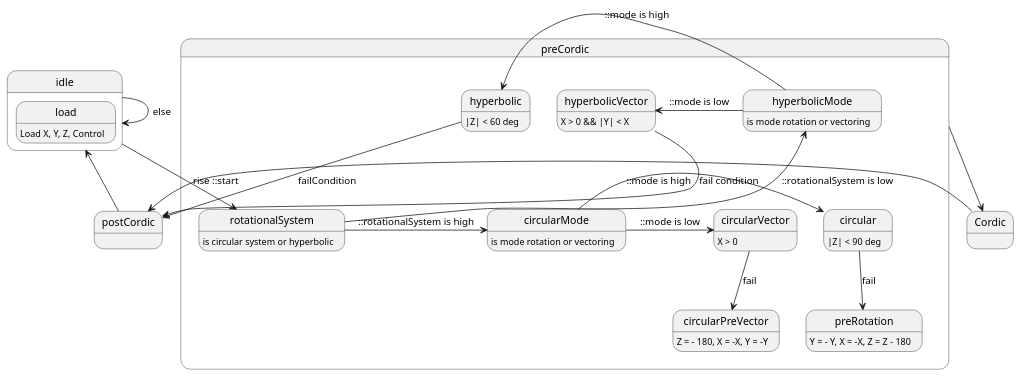
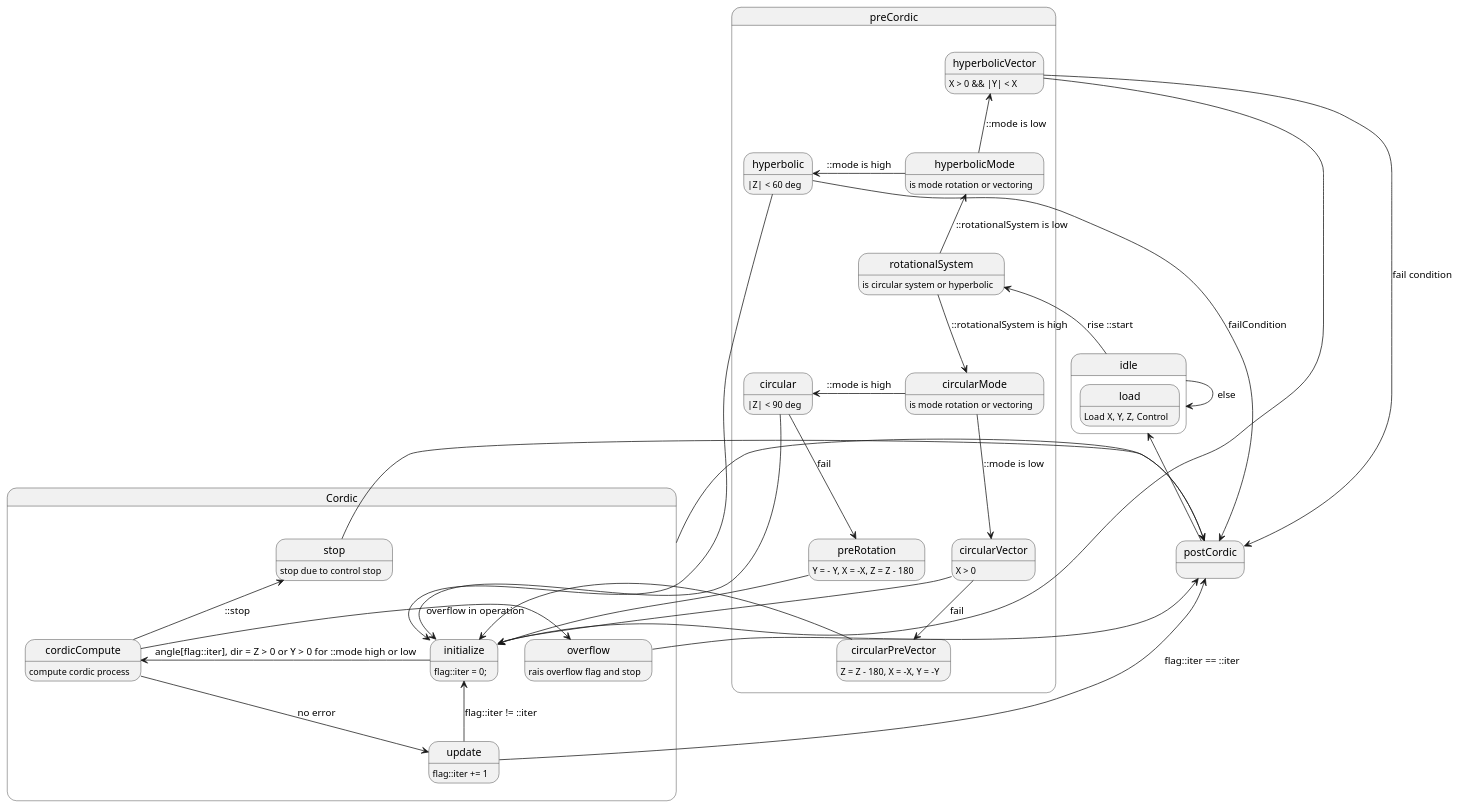
The diagram in docs/controller.iuml (Ashwin-Rajesh/Cordic_accelerator), drawn with PlantUML before and after one commit.

Commit message:
controller cordic process flow

```diff
--- a/docs/controller.iuml
+++ b/docs/controller.iuml
@@ -1,42 +1,61 @@
 @startuml
 state idle {
     state load : Load X, Y, Z, Control
 }
 
 state preCordic {
     state rotationalSystem : is circular system or hyperbolic
     state circular : |Z| < 90 deg
     state hyperbolic : |Z| < 60 deg
 
     state hyperbolicMode : is mode rotation or vectoring
     state circularMode : is mode rotation or vectoring
-    rotationalSystem -> circularMode : ::rotationalSystem is high
-    circularMode -> circular : ::mode is high
+    rotationalSystem -down-> circularMode : ::rotationalSystem is high
+    circularMode -right-> circular : ::mode is high
     rotationalSystem -up-> hyperbolicMode : ::rotationalSystem is low
-    hyperbolicMode -> hyperbolic : ::mode is high
-    hyperbolicMode -> hyperbolicVector : ::mode is low
+    hyperbolicMode -right-> hyperbolic : ::mode is high
+    hyperbolicMode -up-> hyperbolicVector : ::mode is low
     state hyperbolicVector : X > 0 && |Y| < X  
     state preRotation : Y = - Y, X = -X, Z = Z - 180 
     circular --> preRotation : fail
     state circularVector : X > 0
-    circularMode -> circularVector : ::mode is low
-    state circularPreVector : Z = - 180, X = -X, Y = -Y
+    circularMode -down-> circularVector : ::mode is low
+    state circularPreVector : Z = Z - 180, X = -X, Y = -Y
     circularVector --> circularPreVector : fail
 }
 
-hyperbolicVector -> postCordic : fail condition
+hyperbolicVector -left-> postCordic : fail condition
 
 state Cordic {
+    state initialize: flag::iter = 0; 
+    state cordicCompute : compute cordic process
+    state overflow : rais overflow flag and stop
+    state stop : stop due to control stop 
+    state update : flag::iter += 1
 
+    initialize -right-> cordicCompute : angle[flag::iter], dir = Z > 0 or Y > 0 for ::mode high or low
+    cordicCompute -up-> stop : ::stop
+    cordicCompute -right-> overflow : overflow in operation
+    cordicCompute -down-> update : no error
+    update -down-> initialize : flag::iter != ::iter
+    update -right-> postCordic : flag::iter == ::iter
+    stop -right-> postCordic
+    overflow -right-> postCordic
 }
 
+    circularPreVector --> initialize
+    preRotation --> initialize
+    hyperbolic --> initialize
+    hyperbolicVector -up-> initialize
+    circular --> initialize
+    circularVector --> initialize
 state postCordic {
 
 }
 hyperbolic --> postCordic : failCondition
-idle --> rotationalSystem : rise ::start 
-idle -> idle : else
-preCordic -right-> Cordic 
+idle -left-> rotationalSystem : rise ::start 
+idle -right-> idle : else
 Cordic -left-> postCordic
 postCordic -up-> idle
+
 @enduml
```
